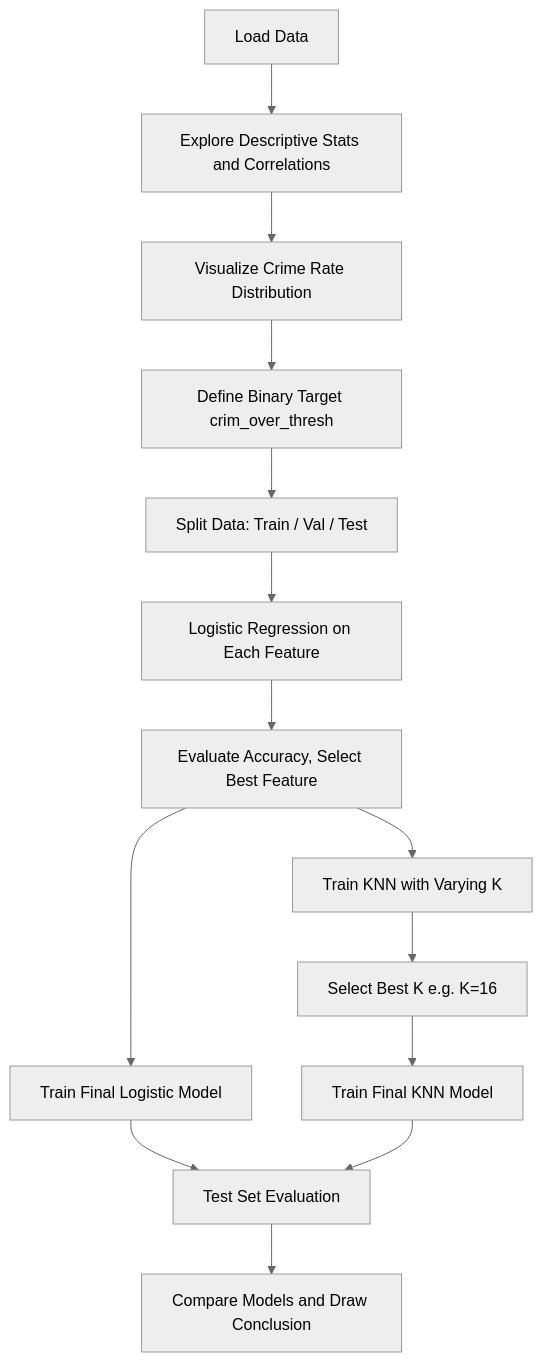
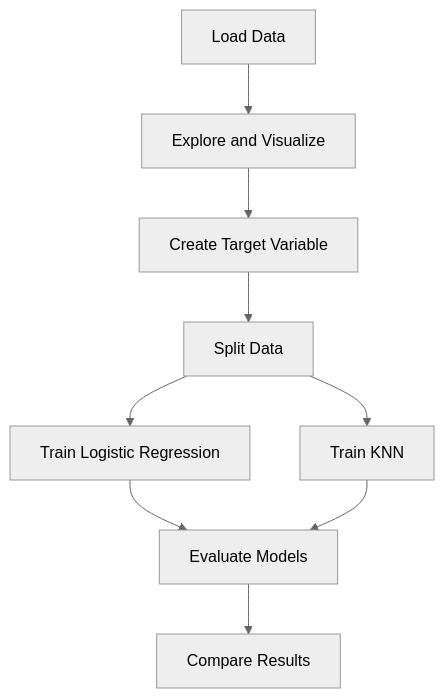
The diagram in README.md (tom4sg/boston-crime-prediction), drawn with Mermaid (neutral theme) before and after one commit.

````diff
--- a/README.md
+++ b/README.md
@@ -5,16 +5,11 @@
 ```mermaid
 graph TD;
-    A[Load Data] --> B[Explore Descriptive Stats and Correlations];
-    B --> C[Visualize Crime Rate Distribution];
-    C --> D[Define Binary Target crim_over_thresh];
-    D --> E[Split Data: Train / Val / Test];
-    E --> F[Logistic Regression on Each Feature];
-    F --> G[Evaluate Accuracy, Select Best Feature];
-    G --> H[Train Final Logistic Model];
-    G --> I[Train KNN with Varying K];
-    I --> J[Select Best K e.g. K=16];
-    J --> K[Train Final KNN Model];
-    H --> L[Test Set Evaluation];
-    K --> L;
-    L --> M[Compare Models and Draw Conclusion];
+    A[Load Data] --> B[Explore and Visualize];
+    B --> C[Create Target Variable];
+    C --> D[Split Data];
+    D --> E[Train Logistic Regression];
+    D --> F[Train KNN];
+    E --> G[Evaluate Models];
+    F --> G;
+    G --> H[Compare Results];
 ```
````
